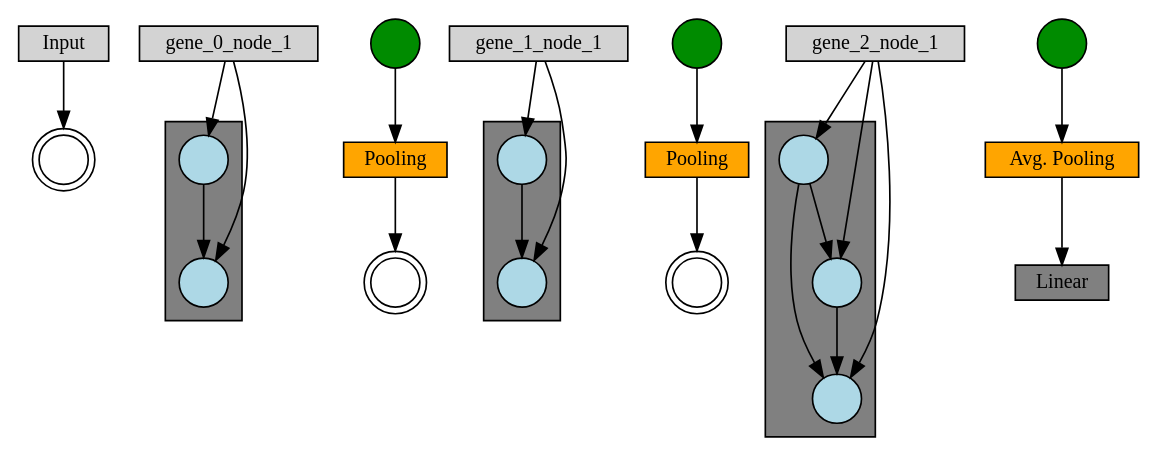
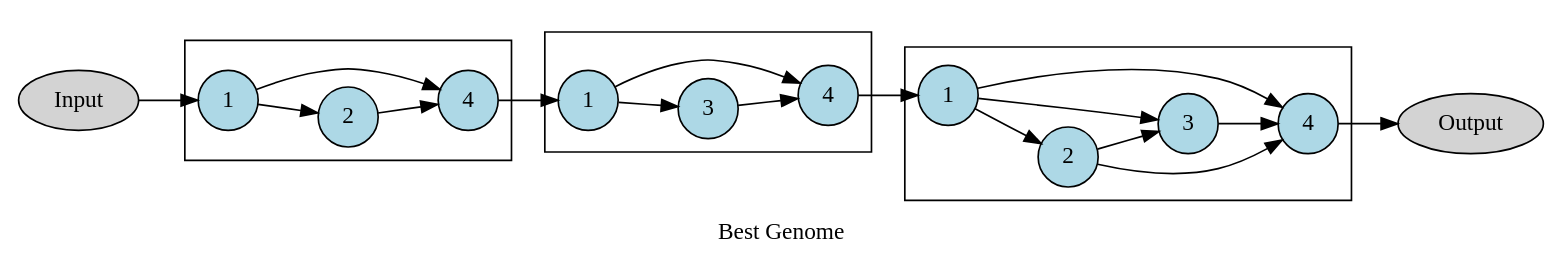
One commit to lmilewicz/ev changed the diagram in genome.gv. Above: the diagram before and after it, drawn with Graphviz. The commit also changed 3 other files, not shown here.

```diff
--- a/genome.gv
+++ b/genome.gv
@@ -1,51 +1,82 @@
 digraph {
-	graph [size="12,12"]
-	node [align=left fontsize=12 height=0.2 ranksep=0.1 shape=box style=filled]
-	rankdir=UD
+	graph [label="Best Genome" rankdir=LR]
+	node [style=filled]
 	input [label=Input]
-	gene_0_node_0 [label=" " fillcolor=white shape=doublecircle]
+	input -> module_0_node_1
+	subgraph cluster_0 {
+		color=black label=""
+	}
+	subgraph cluster_0 {
+		color=black label=""
+		module_0_node_2 [label=2 fillcolor=lightblue shape=circle]
+		module_0_node_1 [label=1 fillcolor=lightblue shape=circle]
+		module_0_node_1 -> module_0_node_2
+	}
+	subgraph cluster_0 {
+		color=black label=""
+	}
+	subgraph cluster_0 {
+		color=black label=""
+		module_0_node_4 [label=4 fillcolor=lightblue shape=circle]
+		module_0_node_1 [label=1 fillcolor=lightblue shape=circle]
+		module_0_node_1 -> module_0_node_4
+		module_0_node_4 [label=4 fillcolor=lightblue shape=circle]
+		module_0_node_2 [label=2 fillcolor=lightblue shape=circle]
+		module_0_node_2 -> module_0_node_4
+	}
+	module_0_node_4 -> module_1_node_1
 	subgraph cluster_1 {
-		fillcolor=gray fontcolor=black label="" style=filled
-		gene_0_node_2 [label=" " fillcolor=lightblue shape=circle]
-		gene_0_node_3 [label=" " fillcolor=lightblue shape=circle]
+		color=black label=""
 	}
-	gene_0_node_4 [label=" " fillcolor=green4 shape=circle]
-	gene_0_pool [label=Pooling fillcolor=orange]
-	gene_0_node_1 -> gene_0_node_2
-	gene_0_node_1 -> gene_0_node_3
-	gene_0_node_2 -> gene_0_node_3
-	gene_0_node_4 -> gene_0_pool
-	gene_1_node_0 [label=" " fillcolor=white shape=doublecircle]
-	gene_0_pool -> gene_1_node_0
+	subgraph cluster_1 {
+		color=black label=""
+	}
+	subgraph cluster_1 {
+		color=black label=""
+		module_1_node_3 [label=3 fillcolor=lightblue shape=circle]
+		module_1_node_1 [label=1 fillcolor=lightblue shape=circle]
+		module_1_node_1 -> module_1_node_3
+	}
+	subgraph cluster_1 {
+		color=black label=""
+		module_1_node_4 [label=4 fillcolor=lightblue shape=circle]
+		module_1_node_1 [label=1 fillcolor=lightblue shape=circle]
+		module_1_node_1 -> module_1_node_4
+		module_1_node_4 [label=4 fillcolor=lightblue shape=circle]
+		module_1_node_3 [label=3 fillcolor=lightblue shape=circle]
+		module_1_node_3 -> module_1_node_4
+	}
+	module_1_node_4 -> module_2_node_1
 	subgraph cluster_2 {
-		fillcolor=gray fontcolor=black label="" style=filled
-		gene_1_node_2 [label=" " fillcolor=lightblue shape=circle]
-		gene_1_node_3 [label=" " fillcolor=lightblue shape=circle]
+		color=black label=""
 	}
-	gene_1_node_4 [label=" " fillcolor=green4 shape=circle]
-	gene_1_pool [label=Pooling fillcolor=orange]
-	gene_1_node_1 -> gene_1_node_2
-	gene_1_node_1 -> gene_1_node_3
-	gene_1_node_2 -> gene_1_node_3
-	gene_1_node_4 -> gene_1_pool
-	gene_2_node_0 [label=" " fillcolor=white shape=doublecircle]
-	gene_1_pool -> gene_2_node_0
-	subgraph cluster_3 {
-		fillcolor=gray fontcolor=black label="" style=filled
-		gene_2_node_2 [label=" " fillcolor=lightblue shape=circle]
-		gene_2_node_3 [label=" " fillcolor=lightblue shape=circle]
-		gene_2_node_4 [label=" " fillcolor=lightblue shape=circle]
+	subgraph cluster_2 {
+		color=black label=""
+		module_2_node_2 [label=2 fillcolor=lightblue shape=circle]
+		module_2_node_1 [label=1 fillcolor=lightblue shape=circle]
+		module_2_node_1 -> module_2_node_2
 	}
-	gene_2_node_5 [label=" " fillcolor=green4 shape=circle]
-	gene_2_pool [label="Avg. Pooling" fillcolor=orange]
-	gene_2_node_1 -> gene_2_node_2
-	gene_2_node_1 -> gene_2_node_3
-	gene_2_node_2 -> gene_2_node_3
-	gene_2_node_1 -> gene_2_node_4
-	gene_2_node_2 -> gene_2_node_4
-	gene_2_node_3 -> gene_2_node_4
-	gene_2_node_5 -> gene_2_pool
-	input -> gene_0_node_0
-	linear [label=Linear fillcolor=gray]
-	gene_2_pool -> linear
+	subgraph cluster_2 {
+		color=black label=""
+		module_2_node_3 [label=3 fillcolor=lightblue shape=circle]
+		module_2_node_1 [label=1 fillcolor=lightblue shape=circle]
+		module_2_node_1 -> module_2_node_3
+		module_2_node_3 [label=3 fillcolor=lightblue shape=circle]
+		module_2_node_2 [label=2 fillcolor=lightblue shape=circle]
+		module_2_node_2 -> module_2_node_3
+	}
+	subgraph cluster_2 {
+		color=black label=""
+		module_2_node_4 [label=4 fillcolor=lightblue shape=circle]
+		module_2_node_1 [label=1 fillcolor=lightblue shape=circle]
+		module_2_node_1 -> module_2_node_4
+		module_2_node_4 [label=4 fillcolor=lightblue shape=circle]
+		module_2_node_2 [label=2 fillcolor=lightblue shape=circle]
+		module_2_node_2 -> module_2_node_4
+		module_2_node_4 [label=4 fillcolor=lightblue shape=circle]
+		module_2_node_3 [label=3 fillcolor=lightblue shape=circle]
+		module_2_node_3 -> module_2_node_4
+	}
+	output [label=Output]
+	module_2_node_4 -> output
 }
```
